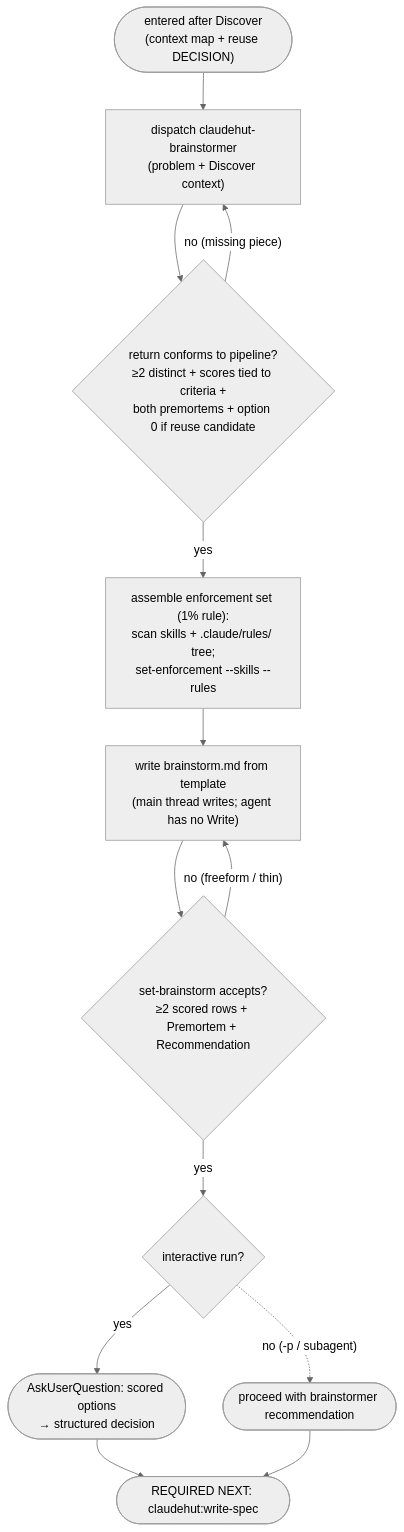
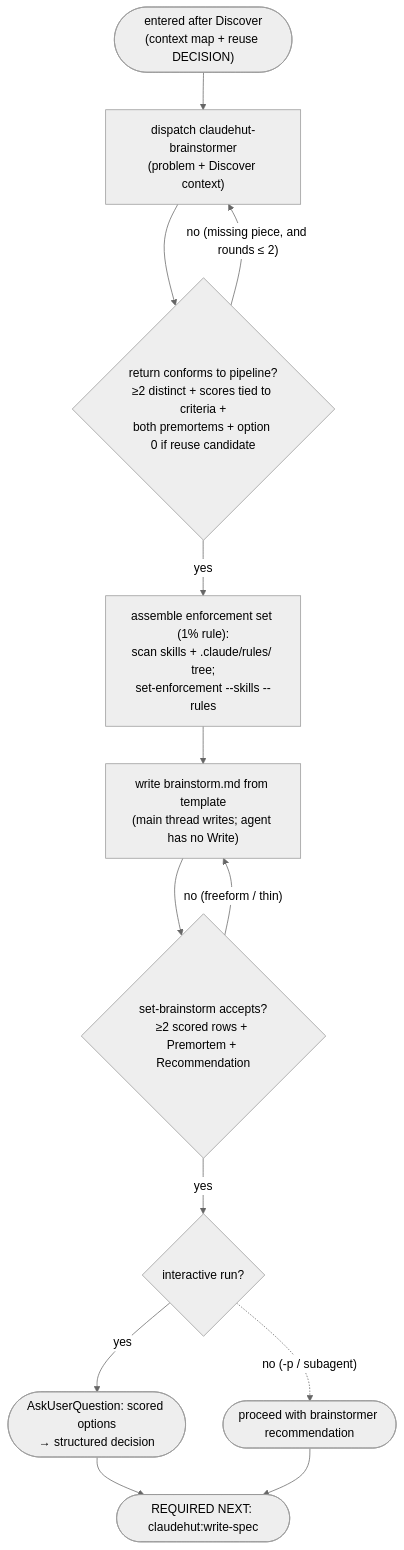
One commit to taipt1504/claudehut changed the diagram in skills/brainstorm/SKILL.md. Above: the diagram before and after it, drawn with Mermaid (neutral theme). The commit also changed other lines of this file and 3 other files, not shown here.

````diff
--- a/skills/brainstorm/SKILL.md
+++ b/skills/brainstorm/SKILL.md
@@ -19,15 +19,15 @@
 ```mermaid
 flowchart TB
     s(["entered after Discover<br/>(context map + reuse DECISION)"]) --> disp["dispatch claudehut-brainstormer<br/>(problem + Discover context)"]
     disp --> val{"return conforms to pipeline?<br/>≥2 distinct + scores tied to criteria +<br/>both premortems + option 0 if reuse candidate"}
-    val -- "no (missing piece)" --> disp
+    val -- "no (missing piece, and rounds ≤ 2)" --> disp
     val -- "yes" --> enf["assemble enforcement set (1% rule):<br/>scan skills + .claude/rules/ tree;<br/>set-enforcement --skills --rules"]
     enf --> write["write brainstorm.md from template<br/>(main thread writes; agent has no Write)"]
     write --> gate{"set-brainstorm accepts?<br/>≥2 scored rows + Premortem + Recommendation"}
     gate -- "no (freeform / thin)" --> write
     gate -- "yes" --> mode{"interactive run?"}
     mode -- "yes" --> ask(["AskUserQuestion: scored options<br/>→ structured decision"])
     mode -. "no (-p / subagent)" .-> auto(["proceed with brainstormer recommendation"])
     ask --> nxt(["REQUIRED NEXT: claudehut:write-spec"])
     auto --> nxt
 ```
````
